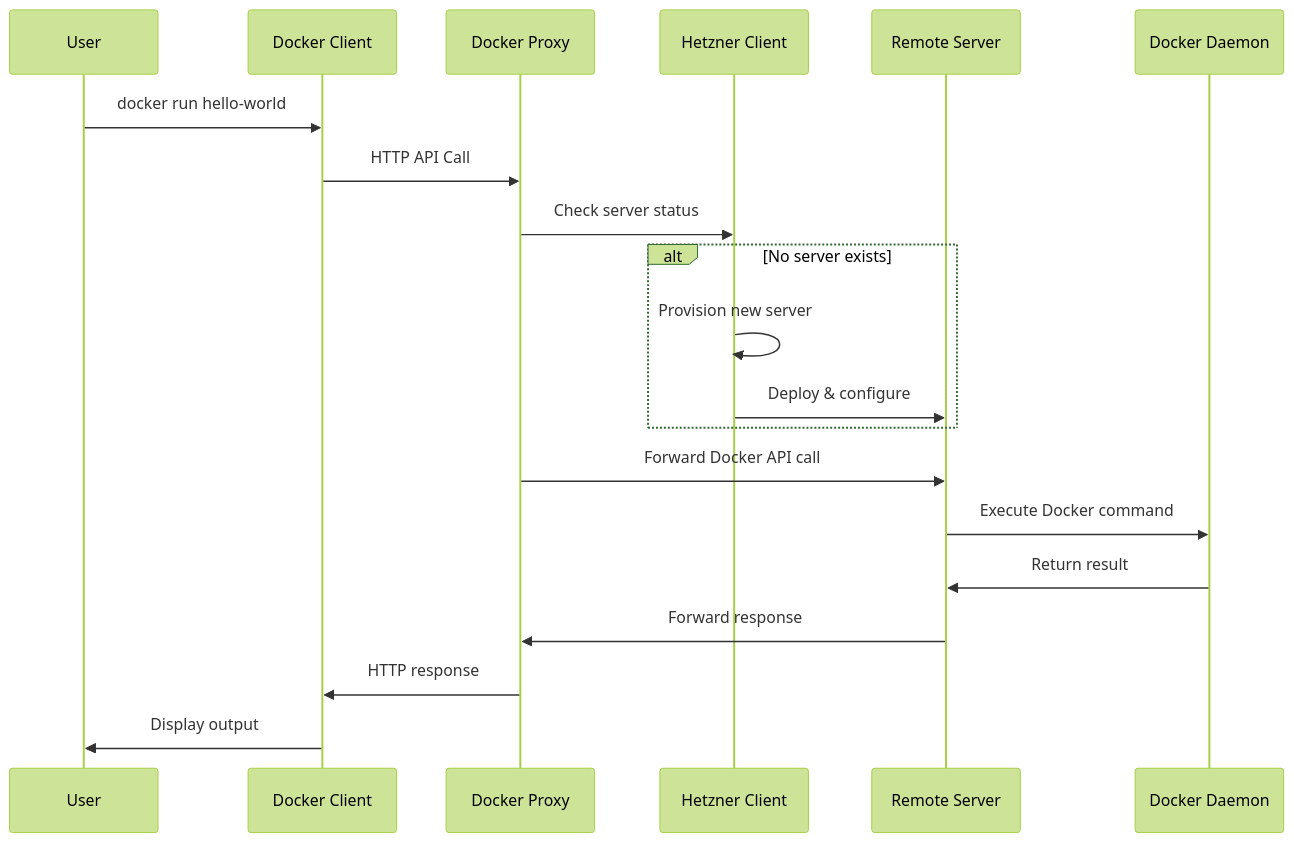
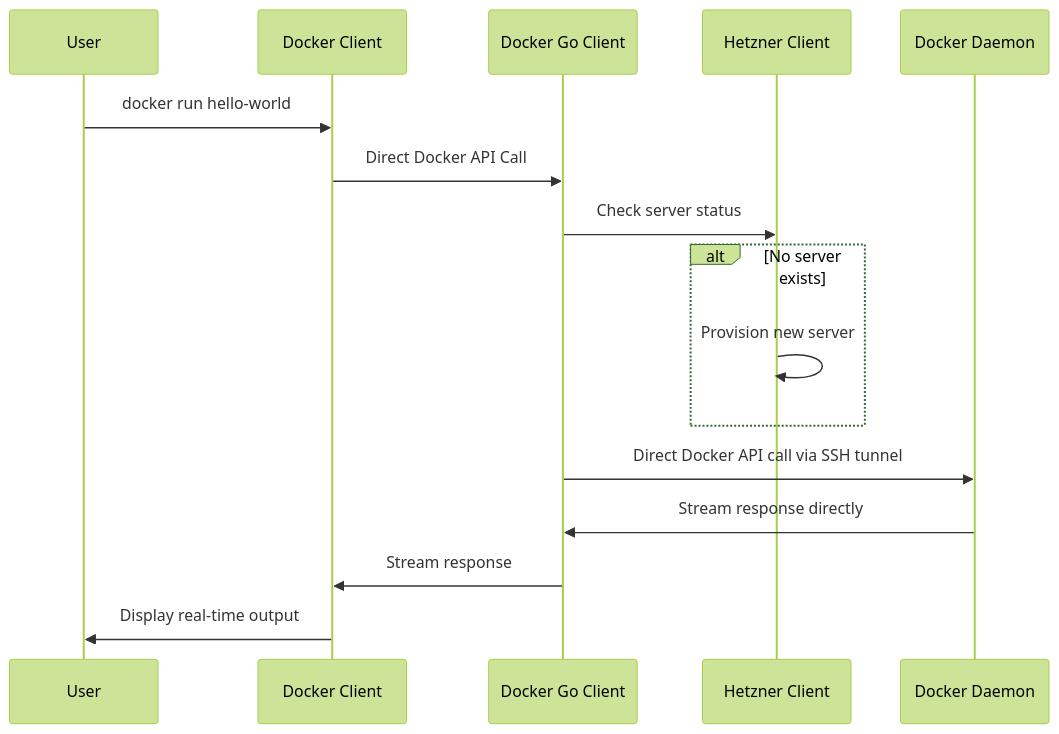
The second of 2 diagrams in .kiro/specs/dockbridge/design.md (Max-Levitskiy/DockBridge), drawn with Mermaid (forest theme) before and after one commit. The commit also changed other lines of this file and 5 other files, not shown here.

````diff
--- a/.kiro/specs/dockbridge/design.md
+++ b/.kiro/specs/dockbridge/design.md
@@ -43,23 +41,19 @@
 ```mermaid
 sequenceDiagram
     participant U as User
     participant DC as Docker Client
-    participant DP as Docker Proxy
+    participant DGC as Docker Go Client
     participant HC as Hetzner Client
-    participant S as Remote Server
     participant DD as Docker Daemon
     
     U->>DC: docker run hello-world
-    DC->>DP: HTTP API Call
-    DP->>HC: Check server status
+    DC->>DGC: Direct Docker API Call
+    DGC->>HC: Check server status
     alt No server exists
         HC->>HC: Provision new server
-        HC->>S: Deploy & configure
     end
-    DP->>S: Forward Docker API call
-    S->>DD: Execute Docker command
-    DD->>S: Return result
-    S->>DP: Forward response
-    DP->>DC: HTTP response
-    DC->>U: Display output
+    DGC->>DD: Direct Docker API call via SSH tunnel
+    DD->>DGC: Stream response directly
+    DGC->>DC: Stream response
+    DC->>U: Display real-time output
 ```
````
